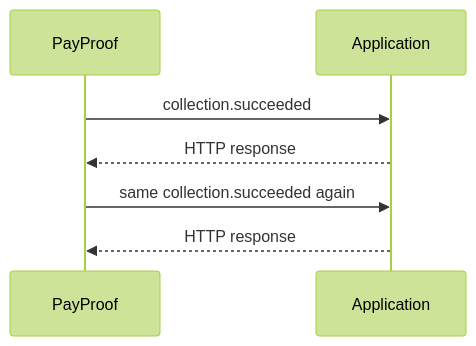
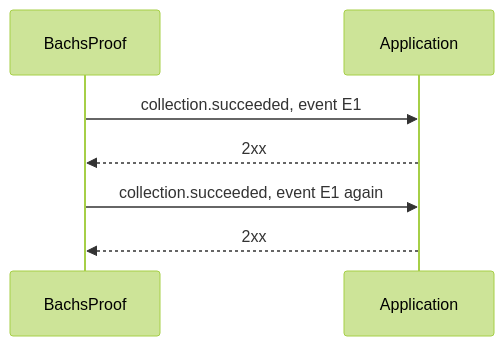
One commit to therealEmma/BachsProof changed the diagram in docs/scenarios/sequential-duplicate-webhook.mdx. Above: the diagram before and after it, drawn with Mermaid (forest theme). The commit also changed other lines of this file and 180 other files, not shown here.

````diff
--- a/docs/scenarios/sequential-duplicate-webhook.mdx
+++ b/docs/scenarios/sequential-duplicate-webhook.mdx
@@ -16,9 +18,9 @@
 ```mermaid
 sequenceDiagram
-  participant P as PayProof
+  participant P as BachsProof
   participant A as Application
-  P->>A: collection.succeeded
-  A-->>P: HTTP response
-  P->>A: same collection.succeeded again
-  A-->>P: HTTP response
+  P->>A: collection.succeeded, event E1
+  A-->>P: 2xx
+  P->>A: collection.succeeded, event E1 again
+  A-->>P: 2xx
 ```
````
